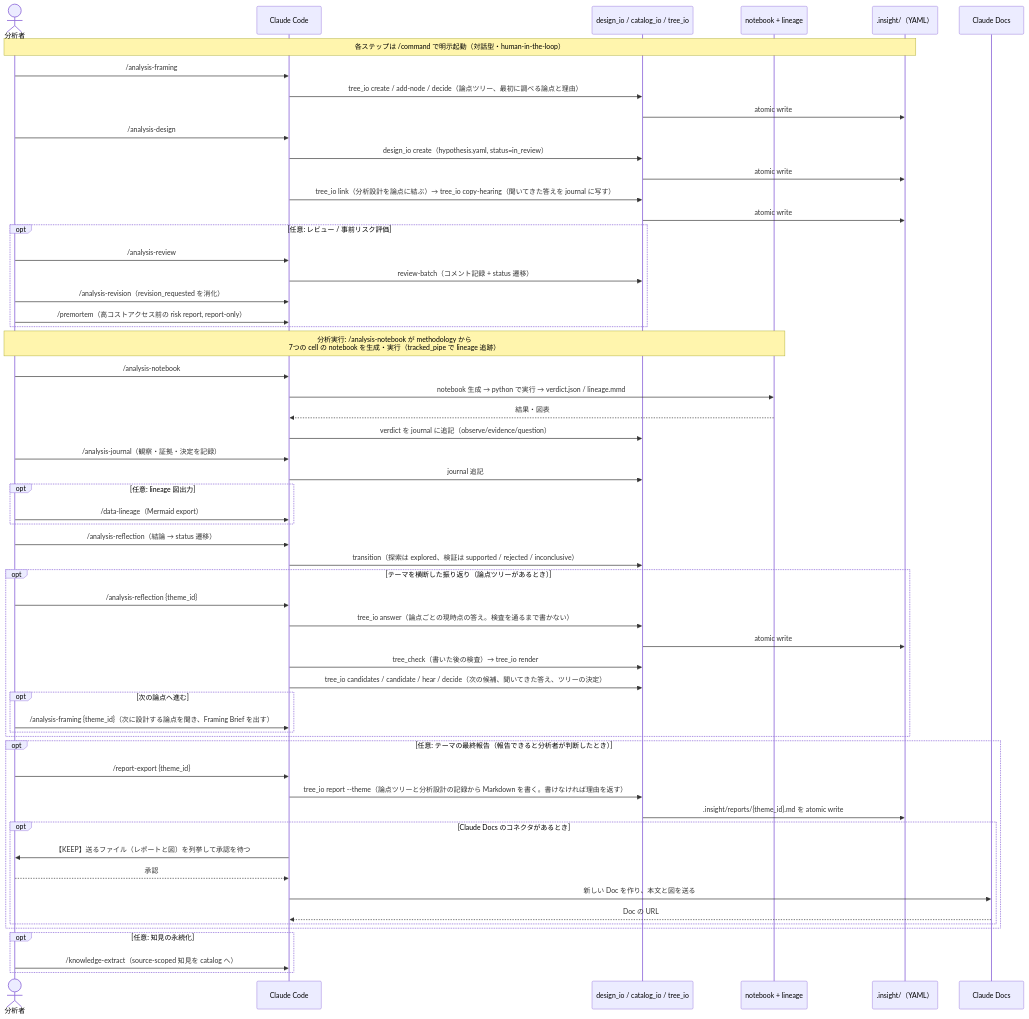
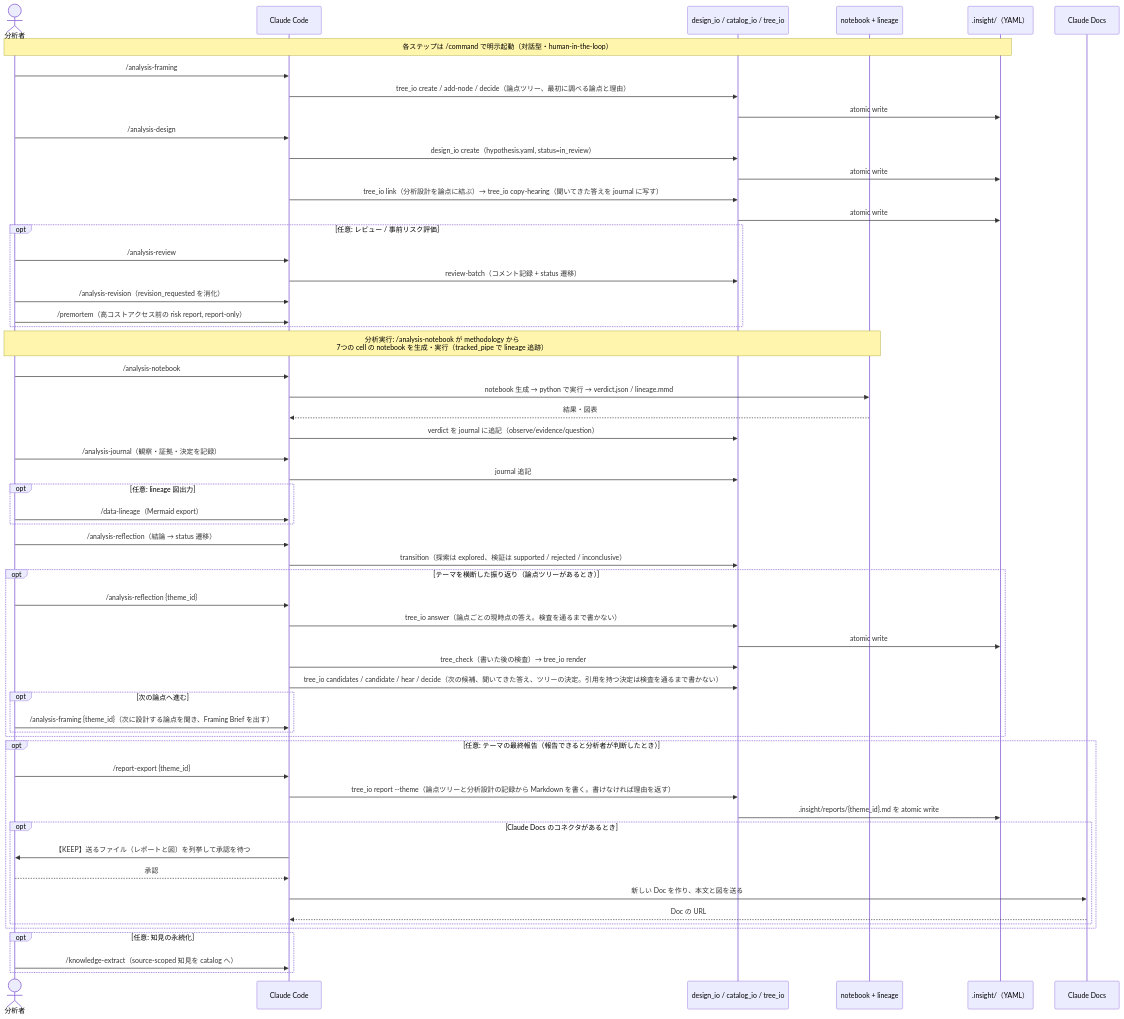
One commit to etoyama/insight-blueprint-skills changed the fourth of 6 diagrams in docs/ARCHITECTURE.md. Above: the diagram before and after it, drawn with Mermaid. The commit also changed other lines of this file and 107 other files, not shown here.

````diff
--- a/docs/ARCHITECTURE.md
+++ b/docs/ARCHITECTURE.md
@@ -274,64 +276,64 @@
 ```mermaid
 sequenceDiagram
     actor U as 分析者
     participant CC as Claude Code
     participant IO as design_io / catalog_io / tree_io
     participant MO as notebook + lineage
     participant FS as .insight/（YAML）
     participant DC as Claude Docs
 
     Note over U,FS: 各ステップは /command で明示起動（対話型・human-in-the-loop）
     U->>CC: /analysis-framing
     CC->>IO: tree_io create / add-node / decide（論点ツリー、最初に調べる論点と理由）
     IO->>FS: atomic write
     U->>CC: /analysis-design
     CC->>IO: design_io create（hypothesis.yaml, status=in_review）
     IO->>FS: atomic write
     CC->>IO: tree_io link（分析設計を論点に結ぶ）→ tree_io copy-hearing（聞いてきた答えを journal に写す）
     IO->>FS: atomic write
 
     opt 任意: レビュー / 事前リスク評価
         U->>CC: /analysis-review
         CC->>IO: review-batch（コメント記録 + status 遷移）
         U->>CC: /analysis-revision（revision_requested を消化）
         U->>CC: /premortem（高コストアクセス前の risk report, report-only）
     end
 
     Note over U,MO: 分析実行: /analysis-notebook が methodology から<br/>7つの cell の notebook を生成・実行（tracked_pipe で lineage 追跡）
     U->>CC: /analysis-notebook
     CC->>MO: notebook 生成 → python で実行 → verdict.json / lineage.mmd
     MO-->>CC: 結果・図表
     CC->>IO: verdict を journal に追記（observe/evidence/question）
 
     U->>CC: /analysis-journal（観察・証拠・決定を記録）
     CC->>IO: journal 追記
     opt 任意: lineage 図出力
         U->>CC: /data-lineage（Mermaid export）
     end
     U->>CC: /analysis-reflection（結論 → status 遷移）
     CC->>IO: transition（探索は explored、検証は supported / rejected / inconclusive）
     opt テーマを横断した振り返り（論点ツリーがあるとき）
         U->>CC: /analysis-reflection {theme_id}
         CC->>IO: tree_io answer（論点ごとの現時点の答え。検査を通るまで書かない）
         IO->>FS: atomic write
         CC->>IO: tree_check（書いた後の検査）→ tree_io render
-        CC->>IO: tree_io candidates / candidate / hear / decide（次の候補、聞いてきた答え、ツリーの決定）
+        CC->>IO: tree_io candidates / candidate / hear / decide（次の候補、聞いてきた答え、ツリーの決定。引用を持つ決定は検査を通るまで書かない）
         opt 次の論点へ進む
             U->>CC: /analysis-framing {theme_id}（次に設計する論点を聞き、Framing Brief を出す）
         end
     end
     opt 任意: テーマの最終報告（報告できると分析者が判断したとき）
         U->>CC: /report-export {theme_id}
         CC->>IO: tree_io report --theme（論点ツリーと分析設計の記録から Markdown を書く。書けなければ理由を返す）
         IO->>FS: .insight/reports/{theme_id}.md を atomic write
         opt Claude Docs のコネクタがあるとき
             CC->>U: 【KEEP】送るファイル（レポートと図）を列挙して承認を待つ
             U-->>CC: 承認
             CC->>DC: 新しい Doc を作り、本文と図を送る
             DC-->>CC: Doc の URL
         end
     end
     opt 任意: 知見の永続化
         U->>CC: /knowledge-extract（source-scoped 知見を catalog へ）
     end
 ```
````
